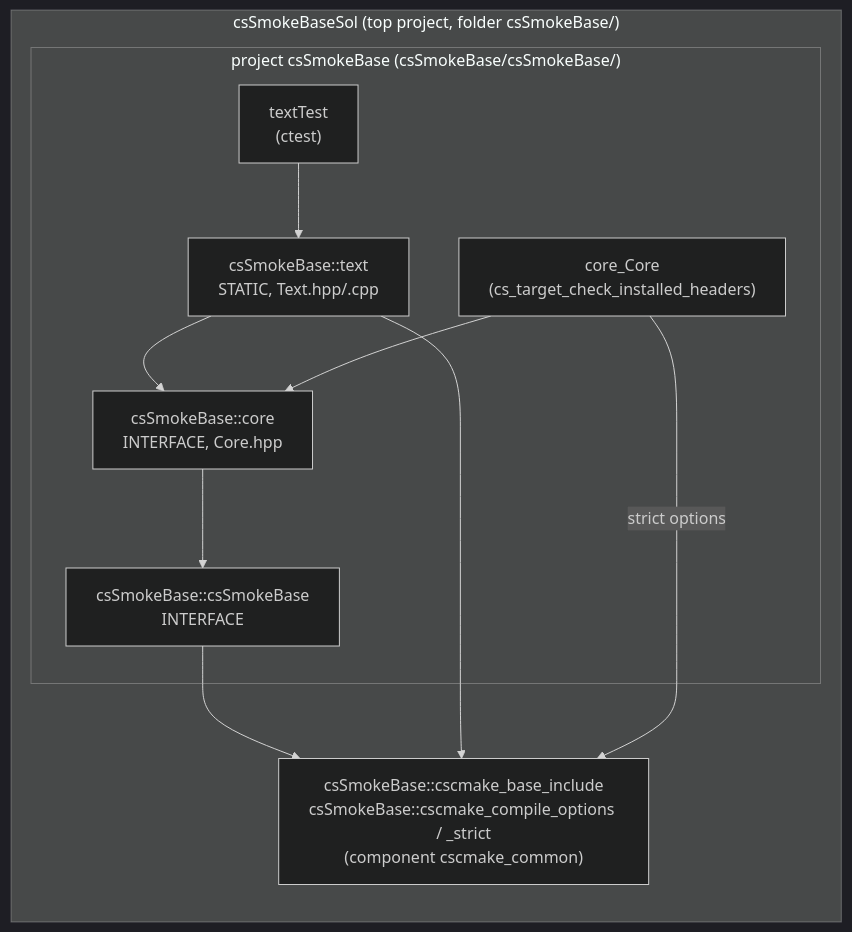
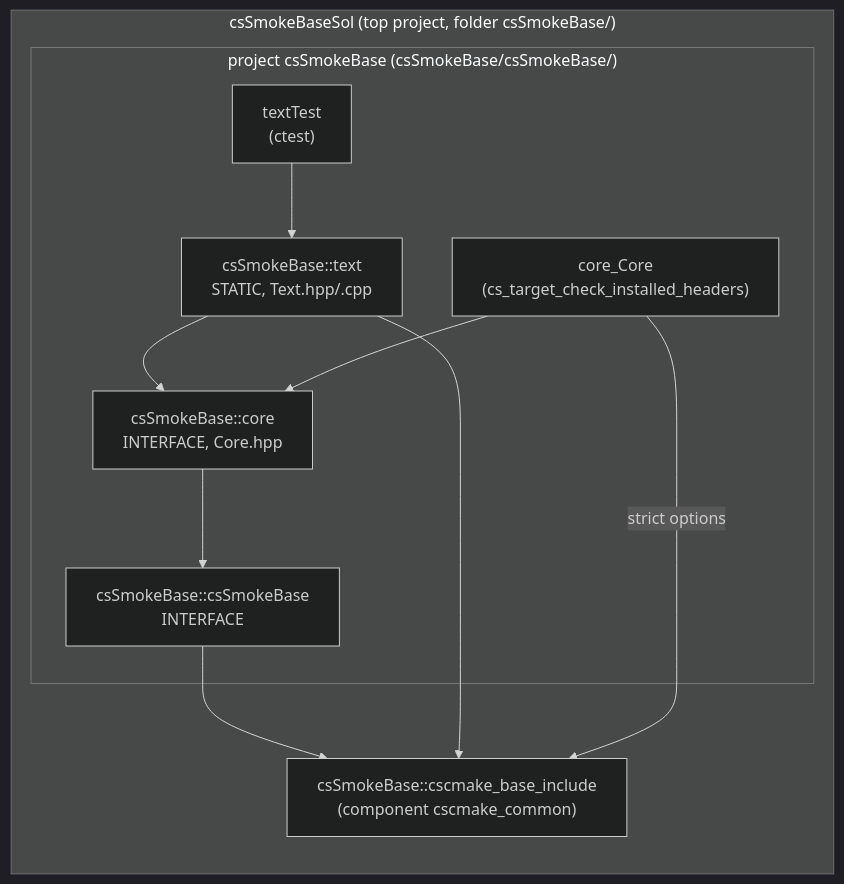
Before and after one commit to cscosine/csCMake: the second of 3 diagrams in tests/smoke/README.md, drawn with Mermaid (dark theme). The commit also changed other lines of this file and 21 other files, not shown here.

````diff
--- a/tests/smoke/README.md
+++ b/tests/smoke/README.md
@@ -43,20 +43,20 @@
 ```mermaid
 flowchart BT
     subgraph sol["csSmokeBaseSol (top project, folder csSmokeBase/)"]
-        common["csSmokeBase::cscmake_base_include<br/>csSmokeBase::cscmake_compile_options / _strict<br/>(component cscmake_common)"]
+        common["csSmokeBase::cscmake_base_include<br/>(component cscmake_common)"]
         subgraph pkg["project csSmokeBase (csSmokeBase/csSmokeBase/)"]
             root["csSmokeBase::csSmokeBase<br/>INTERFACE"]
             core["csSmokeBase::core<br/>INTERFACE, Core.hpp"]
             text["csSmokeBase::text<br/>STATIC, Text.hpp/.cpp"]
             textTest["textTest<br/>(ctest)"]
             shc["core_Core<br/>(cs_target_check_installed_headers)"]
         end
     end
     root --> common
     core --> root
     text --> core
     text --> common
     textTest --> text
     shc --> core
     shc -->|strict options| common
 ```
````
